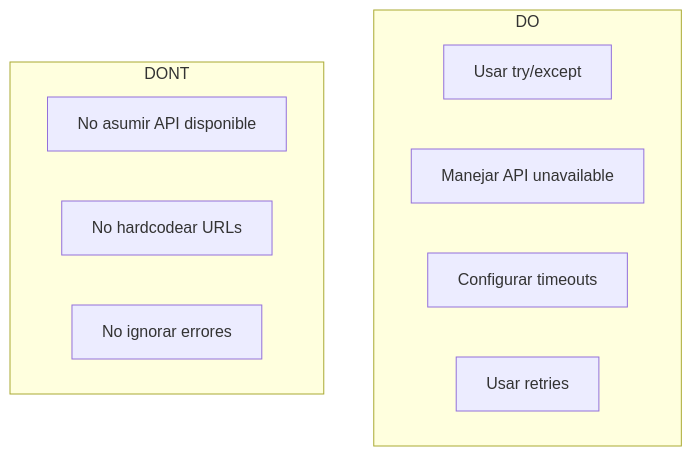
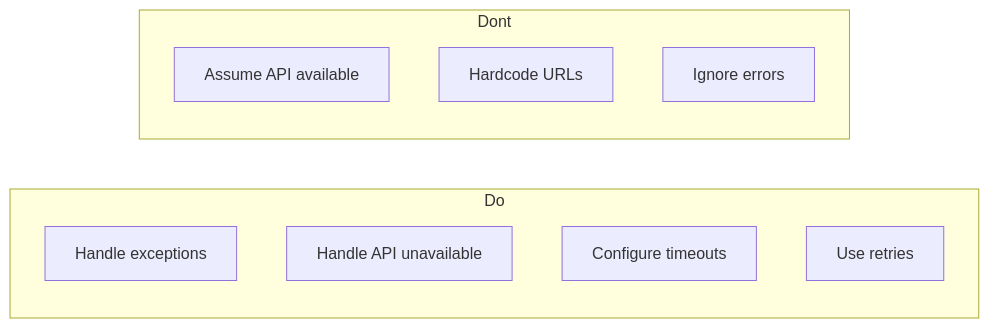
One commit to wisrovi/wpipe changed the fourth of 4 diagrams in examples/api_pipeline/README.md. Above: the diagram before and after it, drawn with Mermaid. The commit also changed other lines of this file and 8 other files, not shown here.

First line of the commit message:
Fix README files: English text and Mermaid diagrams

````diff
--- a/examples/api_pipeline/README.md
+++ b/examples/api_pipeline/README.md
@@ -195,15 +197,15 @@
 ```mermaid
-flowchart TB
-    subgraph DO
-        D1[Usar try/except]
-        D2[Manejar API unavailable]
-        D3[Configurar timeouts]
-        D4[Usar retries]
+flowchart LR
+    subgraph Do
+        D1[Handle exceptions]
+        D2[Handle API unavailable]
+        D3[Configure timeouts]
+        D4[Use retries]
     end
     
-    subgraph DONT
-        N1[No asumir API disponible]
-        N2[No hardcodear URLs]
-        N3[No ignorar errores]
+    subgraph Dont
+        N1[Assume API available]
+        N2[Hardcode URLs]
+        N3[Ignore errors]
     end
 ```
````
